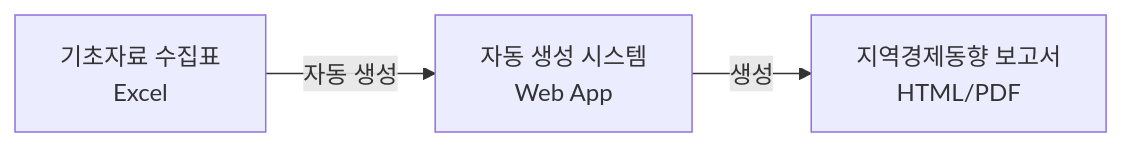
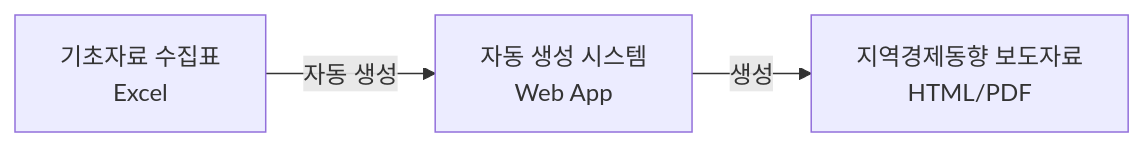
Before and after one commit to rattopos/capstone: the first of 4 diagrams in docs/PROJECT_STUDY_GUIDE.md, drawn with Mermaid. The commit also changed other lines of this file and 89 other files, not shown here.

````diff
--- a/docs/PROJECT_STUDY_GUIDE.md
+++ b/docs/PROJECT_STUDY_GUIDE.md
@@ -45,5 +45,5 @@
 ```mermaid
 flowchart LR
     A[기초자료 수집표<br/>Excel] -->|자동 생성| B[자동 생성 시스템<br/>Web App]
-    B -->|생성| C[지역경제동향 보고서<br/>HTML/PDF]
+    B -->|생성| C[지역경제동향 보도자료<br/>HTML/PDF]
 ```
````
